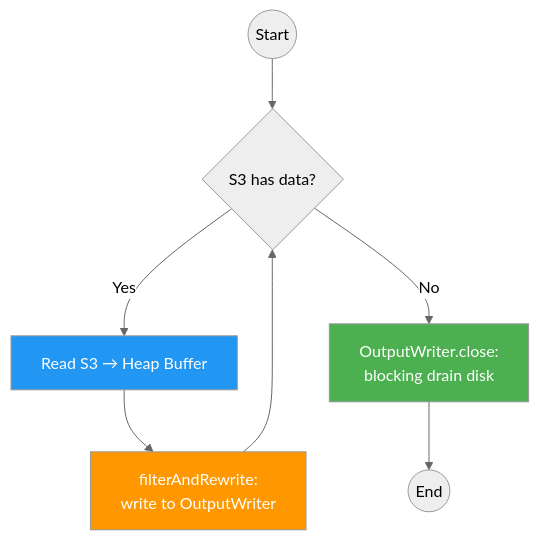
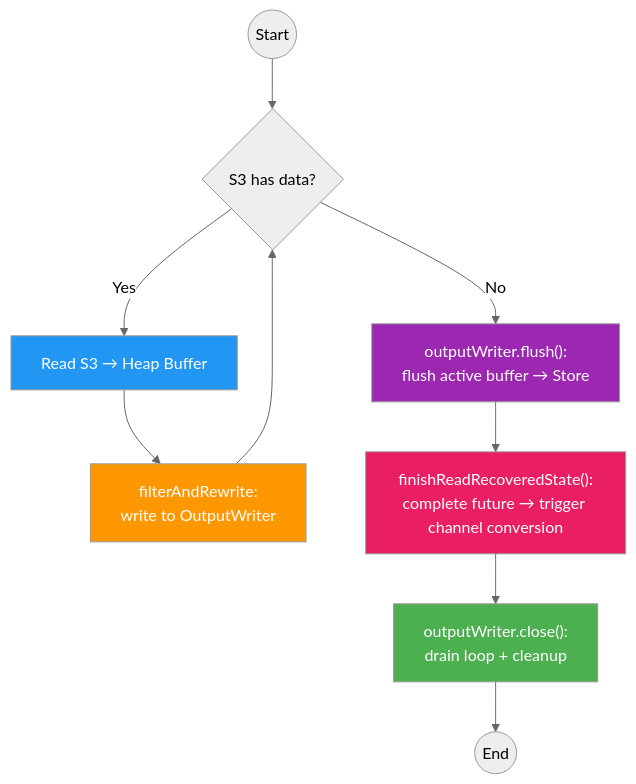
One commit to 1996fanrui/flink changed the third of 6 diagrams in requirements/38544/data_flow.md. Above: the diagram before and after it, drawn with Mermaid (neutral theme). The commit also changed other lines of this file and 5 other files, not shown here.

First line of the commit message:
[FLINK-38544] Detail RecoveredBufferStore impact on existing InputChannel code

````diff
--- a/requirements/38544/data_flow.md
+++ b/requirements/38544/data_flow.md
@@ -43,15 +55,19 @@
 ```mermaid
 flowchart TD
     Start(("Start")) --> S3Check{"S3 has data?"}
 
     S3Check -- Yes --> Read["Read S3 → Heap Buffer"]
     Read --> Filter["filterAndRewrite:<br/>write to OutputWriter"]
     Filter --> S3Check
 
-    S3Check -- No --> Close["OutputWriter.close:<br/>blocking drain disk"]
-    Close --> End(("End"))
+    S3Check -- No --> Flush["outputWriter.flush():<br/>flush active buffer → Store"]
+    Flush --> Finish["finishReadRecoveredState():<br/>complete future → trigger channel conversion"]
+    Finish --> Drain["outputWriter.close():<br/>drain loop + cleanup"]
+    Drain --> End(("End"))
 
     style Read fill:#2196F3,color:#fff
     style Filter fill:#FF9800,color:#fff
-    style Close fill:#4CAF50,color:#fff
+    style Flush fill:#9C27B0,color:#fff
+    style Finish fill:#E91E63,color:#fff
+    style Drain fill:#4CAF50,color:#fff
 ```
````
